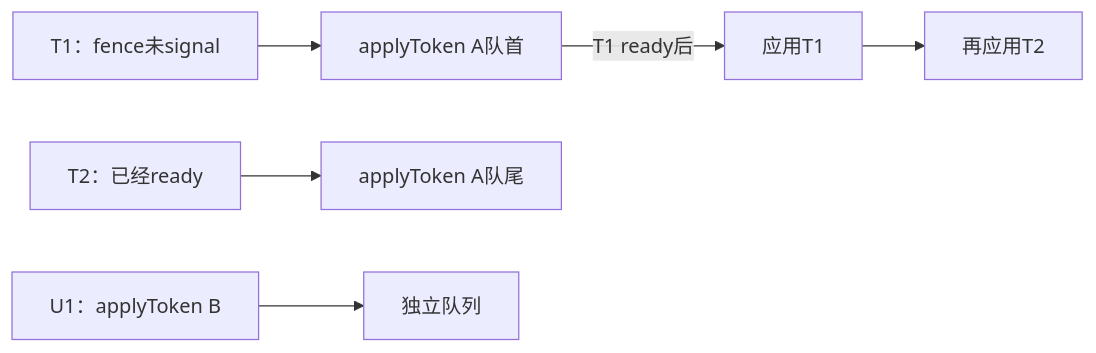
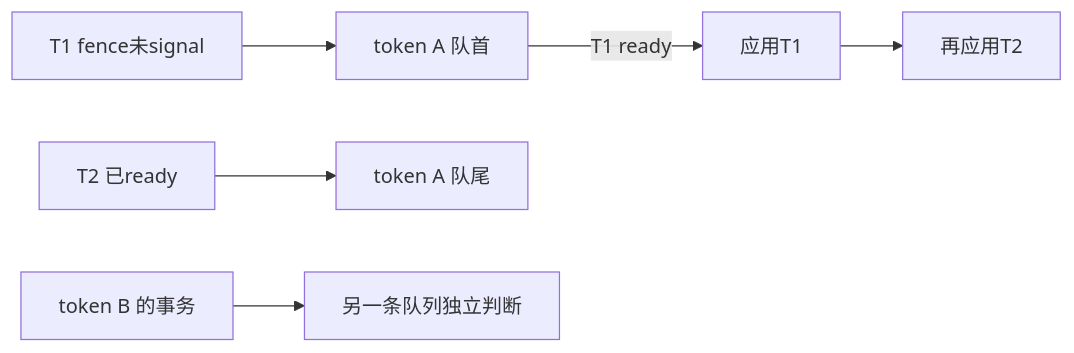
Before and after one commit to junyingzhao001/StudyNotes: the second of 3 diagrams in Android源码学习/164-AndroidSurfaceControlTransactionBufferStateLayer与事务原子性.md, drawn with Mermaid. The commit also changed other lines of this file and 30 other files, not shown here.

````diff
--- a/Android源码学习/164-AndroidSurfaceControlTransactionBufferStateLayer与事务原子性.md
+++ b/Android源码学习/164-AndroidSurfaceControlTransactionBufferStateLayer与事务原子性.md
@@ -479,9 +425,8 @@
 ```mermaid
 flowchart LR
-    T1["T1：fence未signal"] --> Q1["applyToken A队首"]
-    T2["T2：已经ready"] --> Q2["applyToken A队尾"]
-    Q1 -->|"T1 ready后"| APPLY1["应用T1"]
-    APPLY1 --> APPLY2["再应用T2"]
-
-    U1["U1：applyToken B"] --> QB["独立队列"]
+    T1["T1 fence未signal"] --> Q1["token A 队首"]
+    T2["T2 已ready"] --> Q2["token A 队尾"]
+    Q1 -->|T1 ready| A1["应用T1"]
+    A1 --> A2["再应用T2"]
+    U1["token B 的事务"] --> B1["另一条队列独立判断"]
 ```
````
